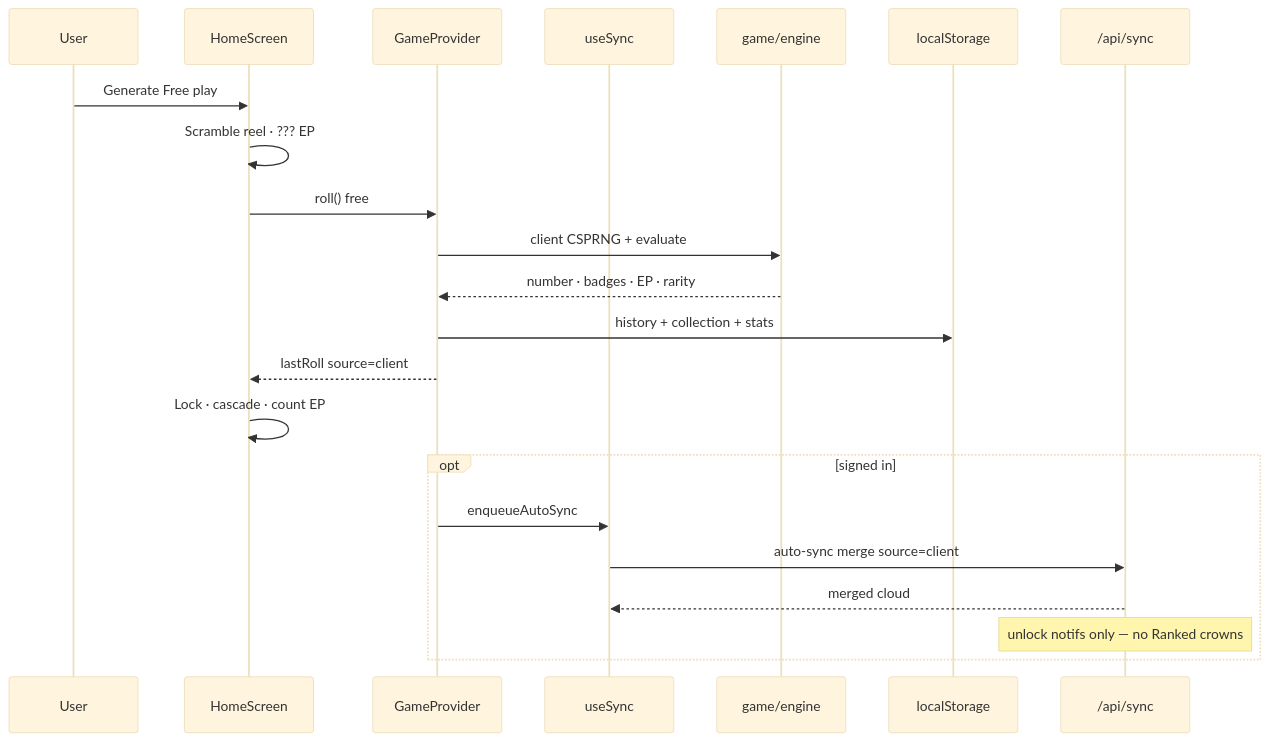
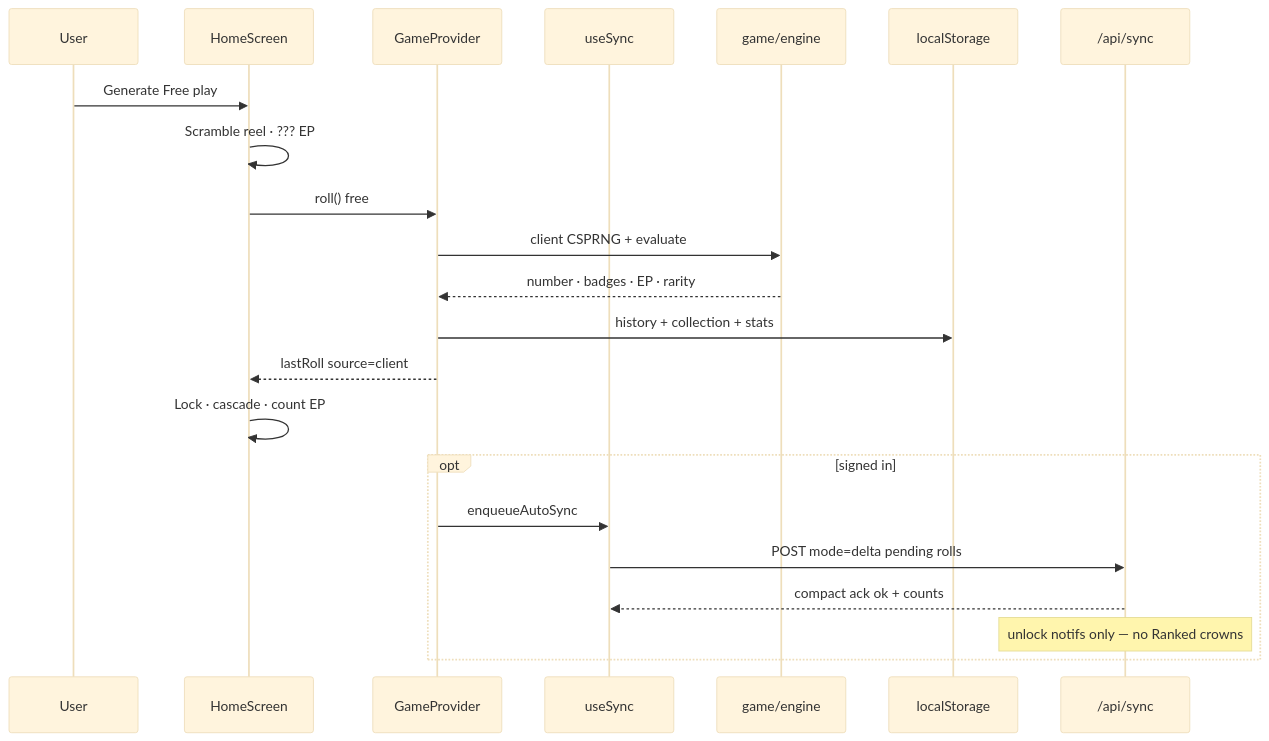
One commit to jondmarien/rngdle-unlocked changed the third of 7 diagrams in docs/ARCHITECTURE.md. Above: the diagram before and after it, drawn with Mermaid (base theme). The commit also changed other lines of this file and 8 other files, not shown here.

Commit message:
Release v0.11.0: lighter cloud sync and Discord share cards.

````diff
--- a/docs/ARCHITECTURE.md
+++ b/docs/ARCHITECTURE.md
@@ -118,25 +118,25 @@
 ```mermaid
 sequenceDiagram
   participant U as User
   participant H as HomeScreen
   participant G as GameProvider
   participant Sync as useSync
   participant E as game/engine
   participant S as localStorage
   participant C as /api/sync
 
   U->>H: Generate Free play
   H->>H: Scramble reel · ??? EP
   H->>G: roll() free
   G->>E: client CSPRNG + evaluate
   E-->>G: number · badges · EP · rarity
   G->>S: history + collection + stats
   G-->>H: lastRoll source=client
   H->>H: Lock · cascade · count EP
   opt signed in
     G->>Sync: enqueueAutoSync
-    Sync->>C: auto-sync merge source=client
-    C-->>Sync: merged cloud
+    Sync->>C: POST mode=delta pending rolls
+    C-->>Sync: compact ack ok + counts
     Note over C: unlock notifs only — no Ranked crowns
   end
 ```
````
